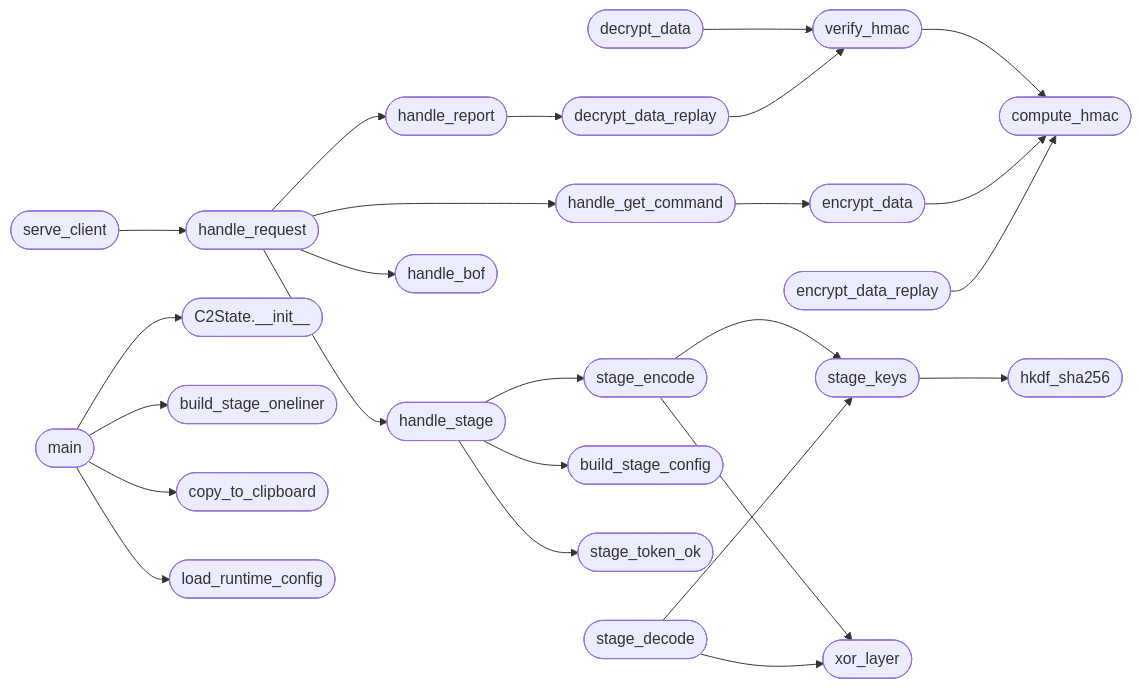
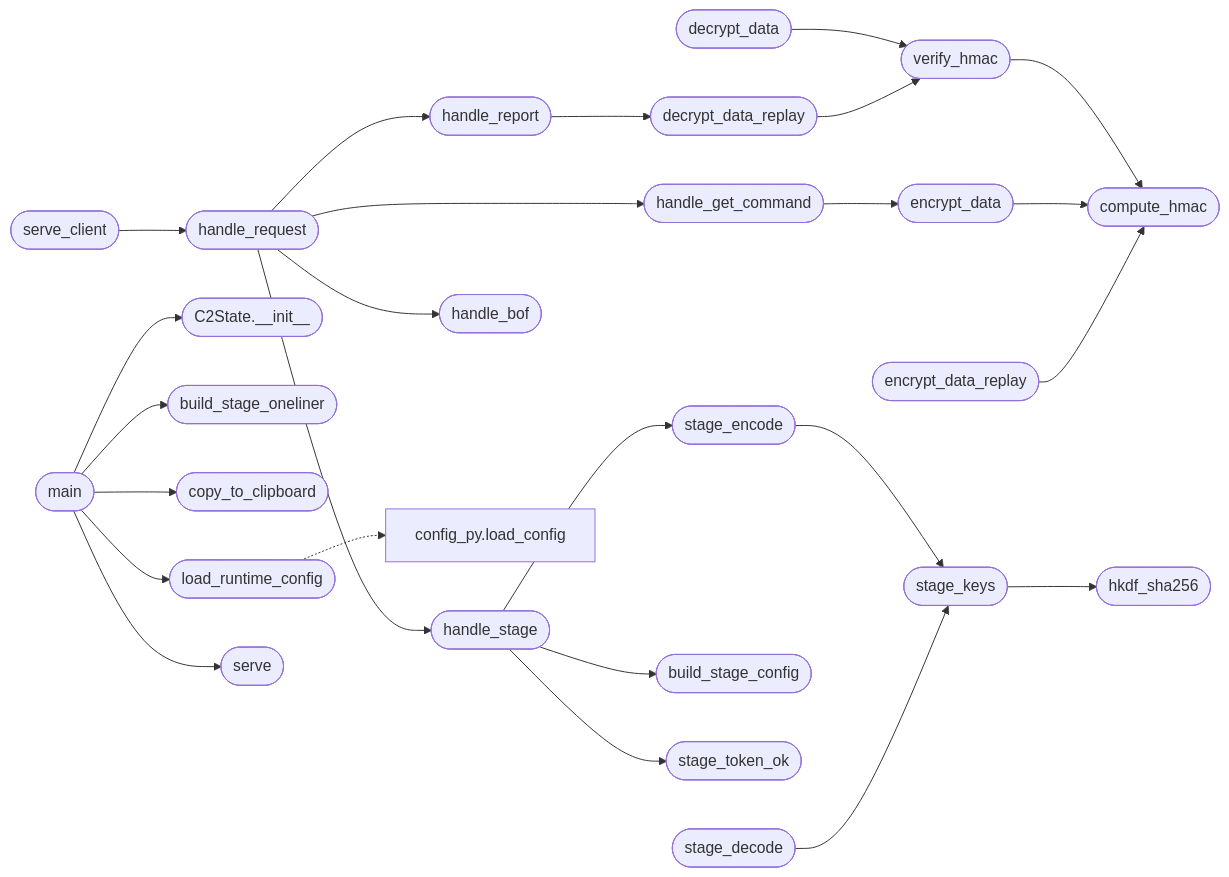
One commit to grisuno/blacksandbeacon changed the diagram in readmenator-apidocs/modules/c2.server.py.md. Above: the diagram before and after it, drawn with Mermaid. The commit also changed other lines of this file and 79 other files, not shown here.

First line of the commit message:
test: now it's fileless :D and server serve the bofs

````diff
--- a/readmenator-apidocs/modules/c2.server.py.md
+++ b/readmenator-apidocs/modules/c2.server.py.md
@@ -30,51 +30,52 @@
 ```mermaid
 flowchart LR
     n_c2_server_py__verify_hmac(["verify_hmac"])
     n_c2_server_py__compute_hmac(["compute_hmac"])
     n_c2_server_py__encrypt_data(["encrypt_data"])
     n_c2_server_py__encrypt_data_replay(["encrypt_data_replay"])
     n_c2_server_py__decrypt_data(["decrypt_data"])
     n_c2_server_py__decrypt_data_replay(["decrypt_data_replay"])
     n_c2_server_py__stage_keys(["stage_keys"])
     n_c2_server_py__hkdf_sha256(["hkdf_sha256"])
     n_c2_server_py__stage_encode(["stage_encode"])
-    n_c2_server_py__xor_layer(["xor_layer"])
     n_c2_server_py__stage_decode(["stage_decode"])
     n_c2_server_py__handle_stage(["handle_stage"])
     n_c2_server_py__build_stage_config(["build_stage_config"])
     n_c2_server_py__stage_token_ok(["stage_token_ok"])
     n_c2_server_py__handle_get_command(["handle_get_command"])
     n_c2_server_py__handle_report(["handle_report"])
     n_c2_server_py__handle_request(["handle_request"])
     n_c2_server_py__handle_bof(["handle_bof"])
     n_c2_server_py__serve_client(["serve_client"])
     n_c2_server_py__main(["main"])
     n_c2_server_py__C2State___init__(["C2State.__init__"])
     n_c2_server_py__build_stage_oneliner(["build_stage_oneliner"])
     n_c2_server_py__copy_to_clipboard(["copy_to_clipboard"])
     n_c2_server_py__load_runtime_config(["load_runtime_config"])
+    n_c2_server_py__serve(["serve"])
+    n_include_config_py_py__load_config["config_py.load_config"]
     n_c2_server_py__verify_hmac --> n_c2_server_py__compute_hmac
     n_c2_server_py__encrypt_data --> n_c2_server_py__compute_hmac
     n_c2_server_py__encrypt_data_replay --> n_c2_server_py__compute_hmac
     n_c2_server_py__decrypt_data --> n_c2_server_py__verify_hmac
     n_c2_server_py__decrypt_data_replay --> n_c2_server_py__verify_hmac
     n_c2_server_py__stage_keys --> n_c2_server_py__hkdf_sha256
     n_c2_server_py__stage_encode --> n_c2_server_py__stage_keys
-    n_c2_server_py__stage_encode --> n_c2_server_py__xor_layer
     n_c2_server_py__stage_decode --> n_c2_server_py__stage_keys
-    n_c2_server_py__stage_decode --> n_c2_server_py__xor_layer
     n_c2_server_py__handle_stage --> n_c2_server_py__build_stage_config
     n_c2_server_py__handle_stage --> n_c2_server_py__stage_encode
     n_c2_server_py__handle_stage --> n_c2_server_py__stage_token_ok
     n_c2_server_py__handle_get_command --> n_c2_server_py__encrypt_data
     n_c2_server_py__handle_report --> n_c2_server_py__decrypt_data_replay
     n_c2_server_py__handle_request --> n_c2_server_py__handle_bof
     n_c2_server_py__handle_request --> n_c2_server_py__handle_get_command
     n_c2_server_py__handle_request --> n_c2_server_py__handle_report
     n_c2_server_py__handle_request --> n_c2_server_py__handle_stage
     n_c2_server_py__serve_client --> n_c2_server_py__handle_request
     n_c2_server_py__main --> n_c2_server_py__C2State___init__
     n_c2_server_py__main --> n_c2_server_py__build_stage_oneliner
     n_c2_server_py__main --> n_c2_server_py__copy_to_clipboard
     n_c2_server_py__main --> n_c2_server_py__load_runtime_config
+    n_c2_server_py__main --> n_c2_server_py__serve
+    n_c2_server_py__load_runtime_config -.-> n_include_config_py_py__load_config
 ```
````
